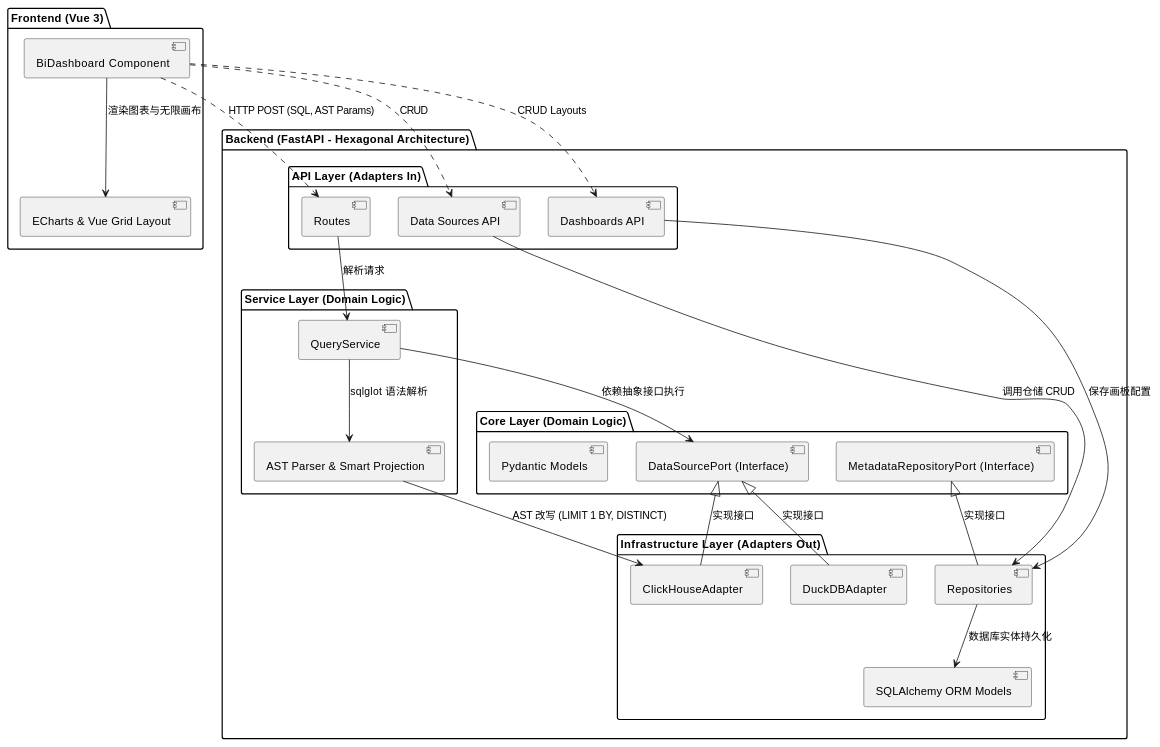
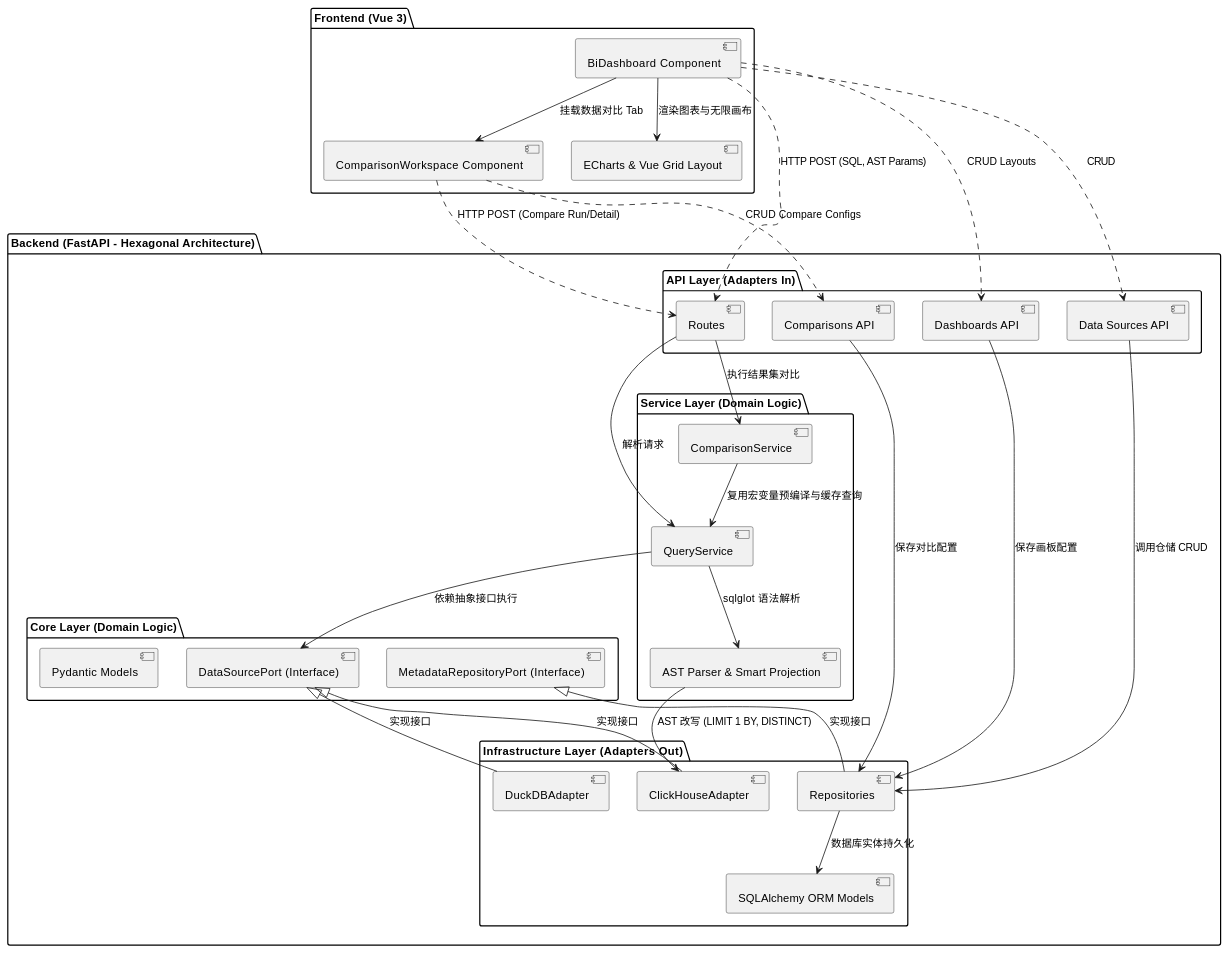
Before and after one commit to Percy-m/data_search: the second of 6 diagrams in 4_plus_1_views.md, drawn with PlantUML. The commit also changed other lines of this file and 23 other files, not shown here.

Commit message:
Add data comparison workspace

````diff
--- a/4_plus_1_views.md
+++ b/4_plus_1_views.md
@@ -56,56 +61,65 @@
 ```plantuml
 @startuml
 skinparam componentStyle uml2
 
 package "Frontend (Vue 3)" {
   [BiDashboard Component] as Dashboard
+  [ComparisonWorkspace Component] as ComparisonUI
   [ECharts & Vue Grid Layout] as UI_Libs
   Dashboard --> UI_Libs : 渲染图表与无限画布
+  Dashboard --> ComparisonUI : 挂载数据对比 Tab
 }
 
 package "Backend (FastAPI - Hexagonal Architecture)" {
   
   package "API Layer (Adapters In)" {
     [Routes] as Routes
     [Data Sources API] as DSApi
     [Dashboards API] as DashApi
+    [Comparisons API] as CompareApi
   }
 
   package "Service Layer (Domain Logic)" {
     [QueryService] as QuerySvc
+    [ComparisonService] as CompareSvc
     [AST Parser & Smart Projection] as ASTSvc
   }
   
   package "Core Layer (Domain Logic)" {
     [DataSourcePort (Interface)] as DSPort
     [MetadataRepositoryPort (Interface)] as RepoPort
     [Pydantic Models] as DomainModels
   }
   
   package "Infrastructure Layer (Adapters Out)" {
     [Repositories] as Repositories
     [SQLAlchemy ORM Models] as ORMModels
     [ClickHouseAdapter] as CHAdapter
     [DuckDBAdapter] as DuckAdapter
   }
 }
 
 Dashboard ..> Routes : HTTP POST (SQL, AST Params)
 Dashboard ..> DSApi : CRUD
 Dashboard ..> DashApi : CRUD Layouts
+ComparisonUI ..> Routes : HTTP POST (Compare Run/Detail)
+ComparisonUI ..> CompareApi : CRUD Compare Configs
 
 Routes --> QuerySvc : 解析请求
+Routes --> CompareSvc : 执行结果集对比
+CompareSvc --> QuerySvc : 复用宏变量预编译与缓存查询
 DSApi --> Repositories : 调用仓储 CRUD
 DashApi --> Repositories : 保存画板配置
+CompareApi --> Repositories : 保存对比配置
 
 Repositories -up-|> RepoPort : 实现接口
 Repositories --> ORMModels : 数据库实体持久化
 QuerySvc --> DSPort : 依赖抽象接口执行
 QuerySvc --> ASTSvc : sqlglot 语法解析
 CHAdapter -up-|> DSPort : 实现接口
 DuckAdapter -up-|> DSPort : 实现接口
 
 ASTSvc --> CHAdapter : AST 改写 (LIMIT 1 BY, DISTINCT)
 
 @enduml
 ```
````
